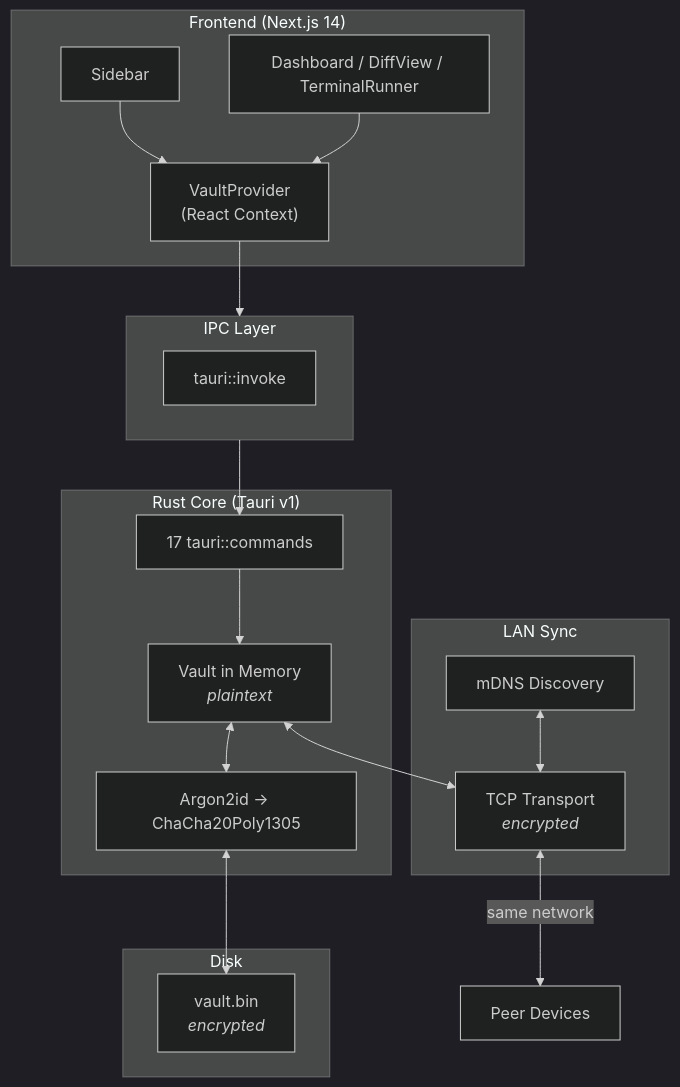
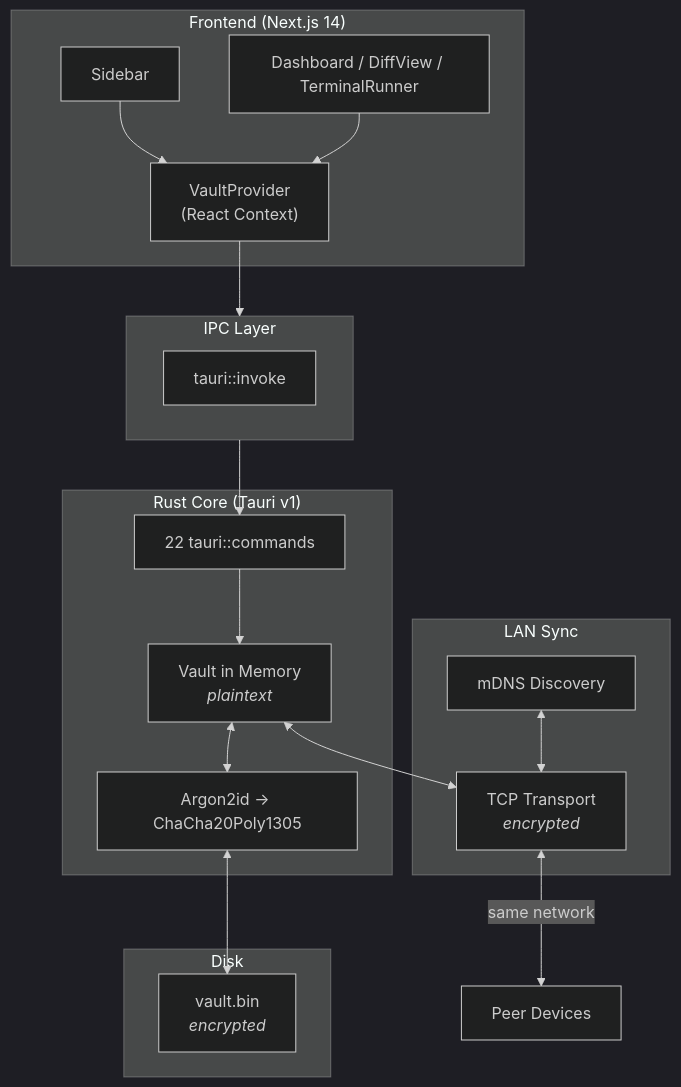
Before and after one commit to kyawsoe-dev/enveil: the first of 2 diagrams in README.md, drawn with Mermaid (dark theme). The commit also changed other lines of this file and 4 other files, not shown here.

````diff
--- a/README.md
+++ b/README.md
@@ -93,38 +94,38 @@
 ```mermaid
 flowchart TD
     subgraph Frontend["Frontend (Next.js 14)"]
         S[Sidebar]
         DV[Dashboard / DiffView / TerminalRunner]
         VP["VaultProvider<br/>(React Context)"]
         S --> VP
         DV --> VP
     end
 
     subgraph IPC["IPC Layer"]
         INV[tauri::invoke]
     end
 
     subgraph Rust["Rust Core (Tauri v1)"]
-        CMD[17 tauri::commands]
+        CMD[22 tauri::commands]
         VAULT[Vault in Memory<br/><i>plaintext</i>]
         CRYPTO[Argon2id → ChaCha20Poly1305]
         CMD --> VAULT
         VAULT <--> CRYPTO
     end
 
     subgraph Storage["Disk"]
         FILE[vault.bin<br/><i>encrypted</i>]
     end
 
     subgraph Network["LAN Sync"]
         MDNS[mDNS Discovery]
         TCP[TCP Transport<br/><i>encrypted</i>]
         MDNS <--> TCP
     end
 
     VP --> IPC
     IPC --> CMD
     CRYPTO <--> FILE
     VAULT <--> TCP
     TCP <--> |same network| PEER[Peer Devices]
 ```
````
